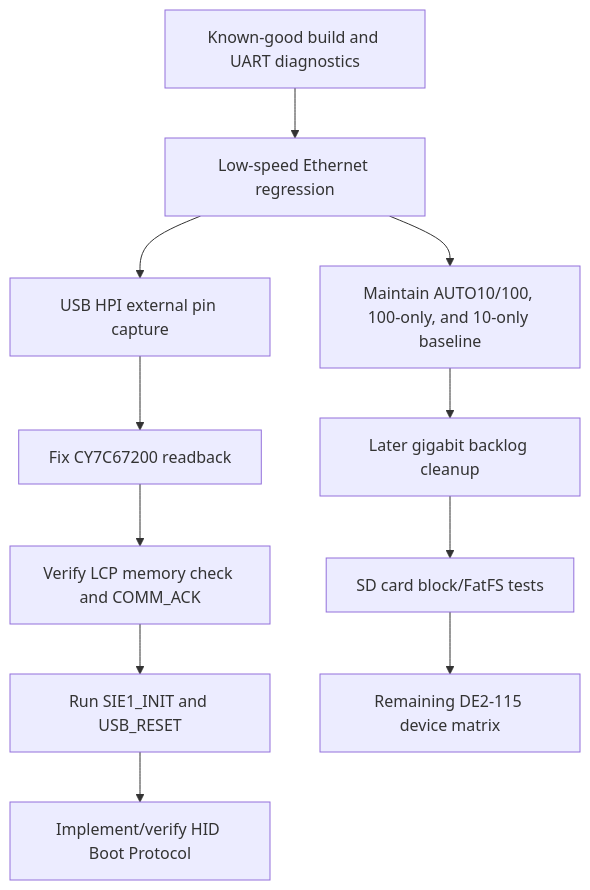
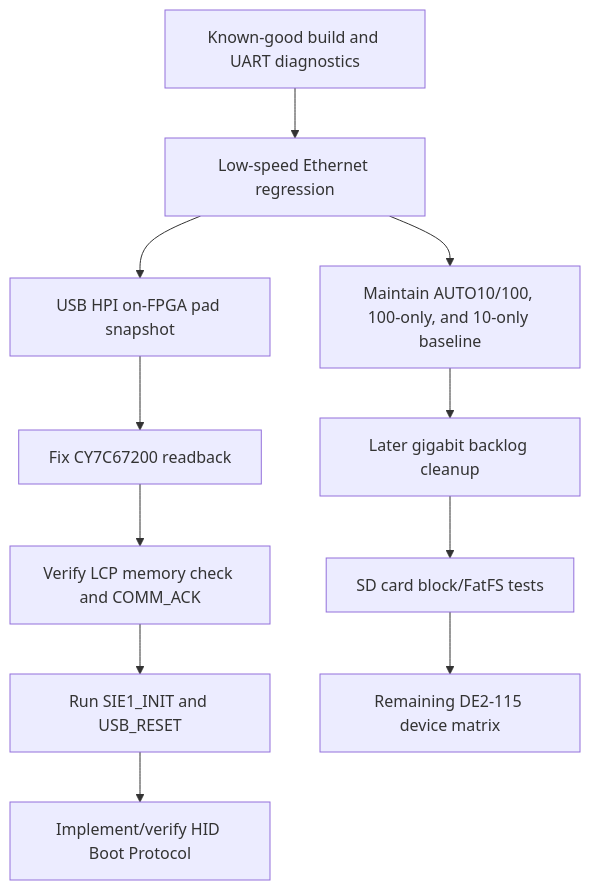
One commit to SemperSupra/DE2-115 changed the diagram in EXECUTION_PLAN.md. Above: the diagram before and after it, drawn with Mermaid. The commit also changed other lines of this file and 16 other files, not shown here.

Commit message:
bringup: add HPI pad snapshots and orchestration

````diff
--- a/EXECUTION_PLAN.md
+++ b/EXECUTION_PLAN.md
@@ -19,13 +19,13 @@
 ```mermaid
 graph TD
     A[Known-good build and UART diagnostics] --> C[Low-speed Ethernet regression]
-    C --> B[USB HPI external pin capture]
+    C --> B[USB HPI on-FPGA pad snapshot]
     B --> D[Fix CY7C67200 readback]
     D --> E[Verify LCP memory check and COMM_ACK]
     E --> F[Run SIE1_INIT and USB_RESET]
     F --> G[Implement/verify HID Boot Protocol]
     C --> H[Maintain AUTO10/100, 100-only, and 10-only baseline]
     H --> I[Later gigabit backlog cleanup]
     I --> J[SD card block/FatFS tests]
     J --> K[Remaining DE2-115 device matrix]
 ```
````
